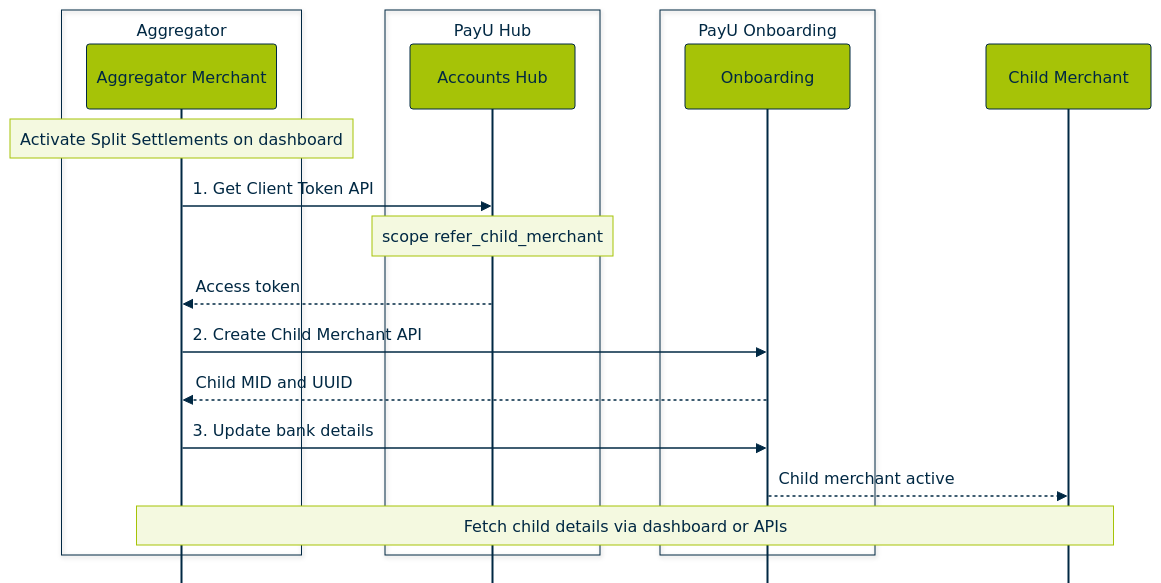
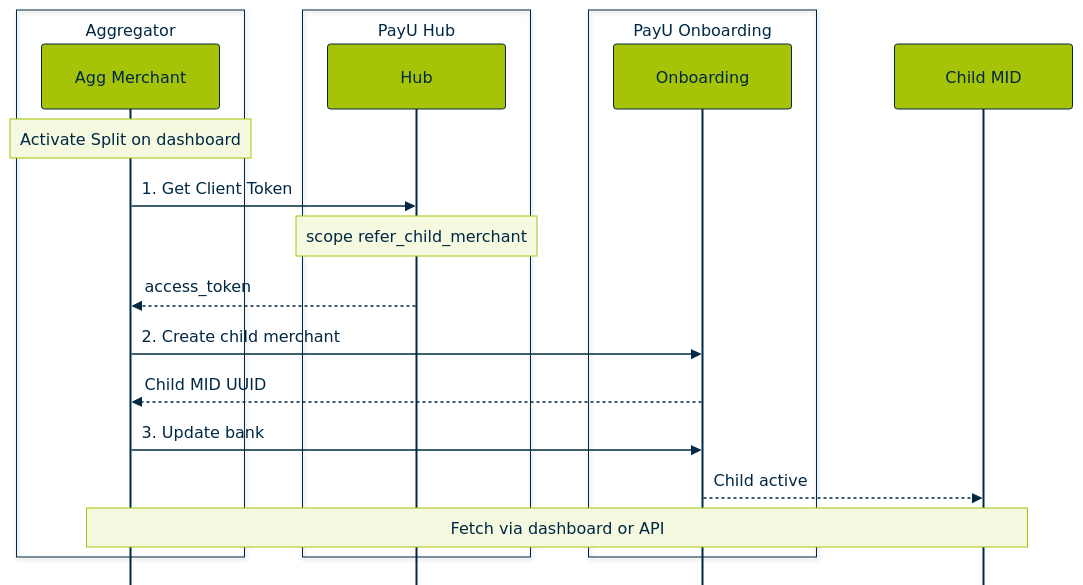
Before and after one commit to payu-india/CMS-Chatbot: the eighth of 17 diagrams in docs/RECYCLE BIN/internal-review-swimlane-diagrams.md, drawn with Mermaid. The commit also changed other lines of this file, not shown here.

Commit message:
Update doc `internal-review-swimlane-diagrams`

````diff
--- a/docs/RECYCLE BIN/internal-review-swimlane-diagrams.md
+++ b/docs/RECYCLE BIN/internal-review-swimlane-diagrams.md
@@ -532,59 +539,59 @@
 ```mermaid
 %%{init: {
   "theme": "base",
   "sequence": {
     "mirrorActors": false,
     "rightAngles": true,
     "messageAlign": "left",
-    "fontSize": 11,
-    "actorFontSize": 11,
+    "fontSize": 10,
+    "actorFontSize": 10,
     "noteFontSize": 10,
-    "actorMargin": 90,
-    "width": 165,
+    "actorMargin": 88,
+    "width": 178,
     "boxMargin": 10,
-    "messageMargin": 38,
-    "diagramMarginX": 55,
+    "messageMargin": 36,
+    "diagramMarginX": 52,
     "diagramMarginY": 18
   },
   "themeVariables": {
     "fontFamily": "Arial, Helvetica, sans-serif",
-    "fontSize": "11px",
+    "fontSize": "10px",
     "background": "#FFFFFF",
     "primaryColor": "#A6C307",
     "primaryTextColor": "#002843",
     "primaryBorderColor": "#002843",
     "actorBkg": "#A6C307",
     "actorBorder": "#002843",
     "actorTextColor": "#002843",
     "signalColor": "#002843",
     "noteBkgColor": "#F4F9E0",
     "noteTextColor": "#002843",
     "noteBorderColor": "#A6C307"
   }
 }}%%
 sequenceDiagram
     box Aggregator
-        participant Parent as Aggregator Merchant
+        participant Parent as Agg Merchant
     end
     box PayU Hub
-        participant Hub as Accounts Hub
+        participant Hub as Hub
     end
     box PayU Onboarding
         participant Onboarding
     end
-    participant Child as Child Merchant
+    participant Child as Child MID
 
-    Note over Parent: Activate Split Settlements on dashboard
+    Note over Parent: Activate Split on dashboard
 
-    Parent->>Hub: 1. Get Client Token API
+    Parent->>Hub: 1. Get Client Token
     Note over Hub: scope refer_child_merchant
-    Hub-->>Parent: Access token
+    Hub-->>Parent: access_token
 
-    Parent->>Onboarding: 2. Create Child Merchant API
-    Onboarding-->>Parent: Child MID and UUID
+    Parent->>Onboarding: 2. Create child merchant
+    Onboarding-->>Parent: Child MID UUID
 
-    Parent->>Onboarding: 3. Update bank details
-    Onboarding-->>Child: Child merchant active
+    Parent->>Onboarding: 3. Update bank
+    Onboarding-->>Child: Child active
 
-    Note over Parent,Child: Fetch child details via dashboard or APIs
+    Note over Parent,Child: Fetch via dashboard or API
 ```
````
